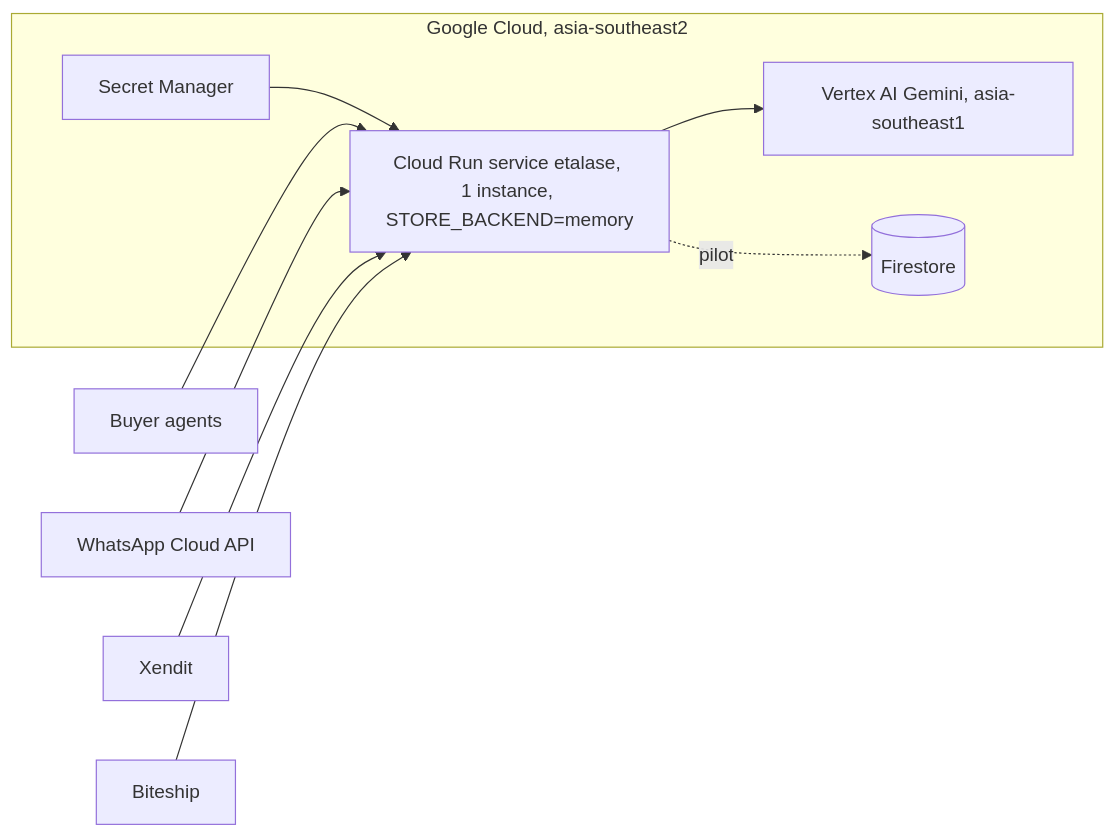
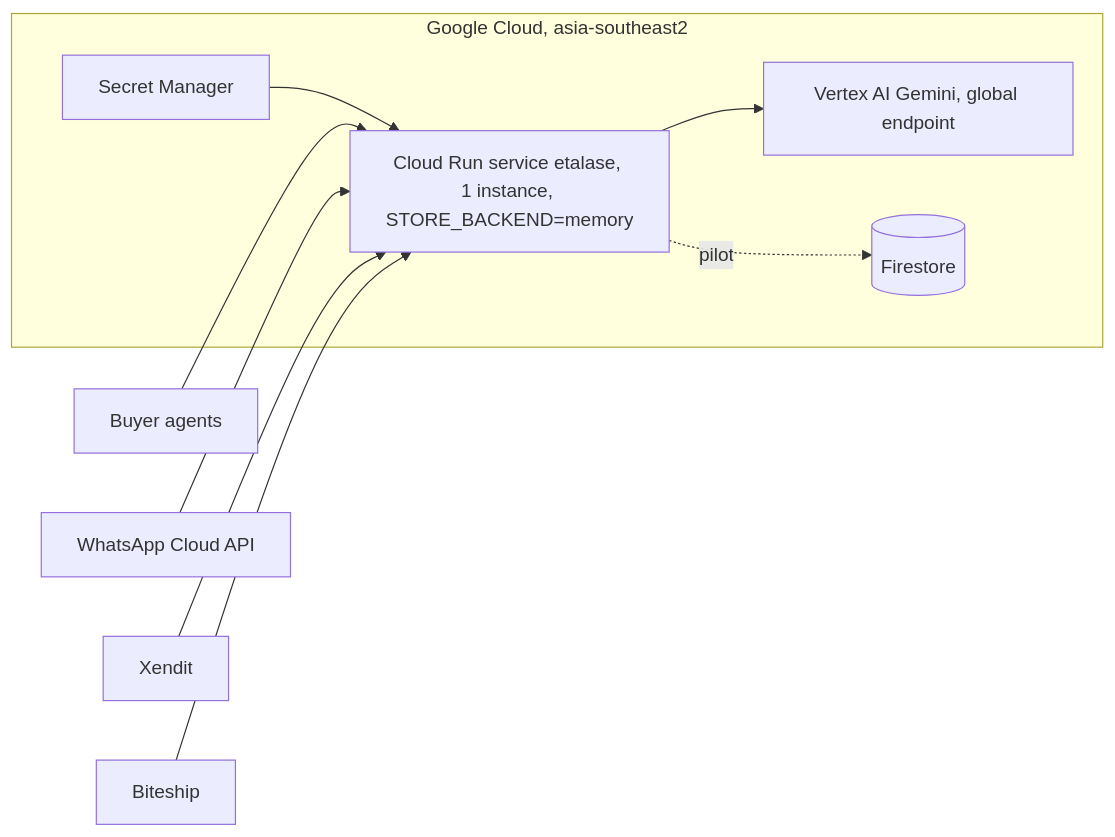
Before and after one commit to galihsatriawan/etalase: the fifth of 5 diagrams in learn/architecture/overview.md, drawn with Mermaid. The commit also changed 7 other files, not shown here.

First line of the commit message:
Default Gemini on Vertex AI to the global endpoint

````diff
--- a/learn/architecture/overview.md
+++ b/learn/architecture/overview.md
@@ -290,16 +290,16 @@
 ```mermaid
 flowchart LR
   AG[Buyer agents] --> CR
   META[WhatsApp Cloud API] --> CR
   XEN[Xendit] --> CR
   BS[Biteship] --> CR
   subgraph GCP["Google Cloud, asia-southeast2"]
     CR["Cloud Run service etalase, 1 instance, STORE_BACKEND=memory"]
     SM[Secret Manager]
-    VX["Vertex AI Gemini, asia-southeast1"]
+    VX["Vertex AI Gemini, global endpoint"]
     FS[(Firestore)]
   end
   SM --> CR
   CR --> VX
   CR -.->|pilot| FS
 ```
````
